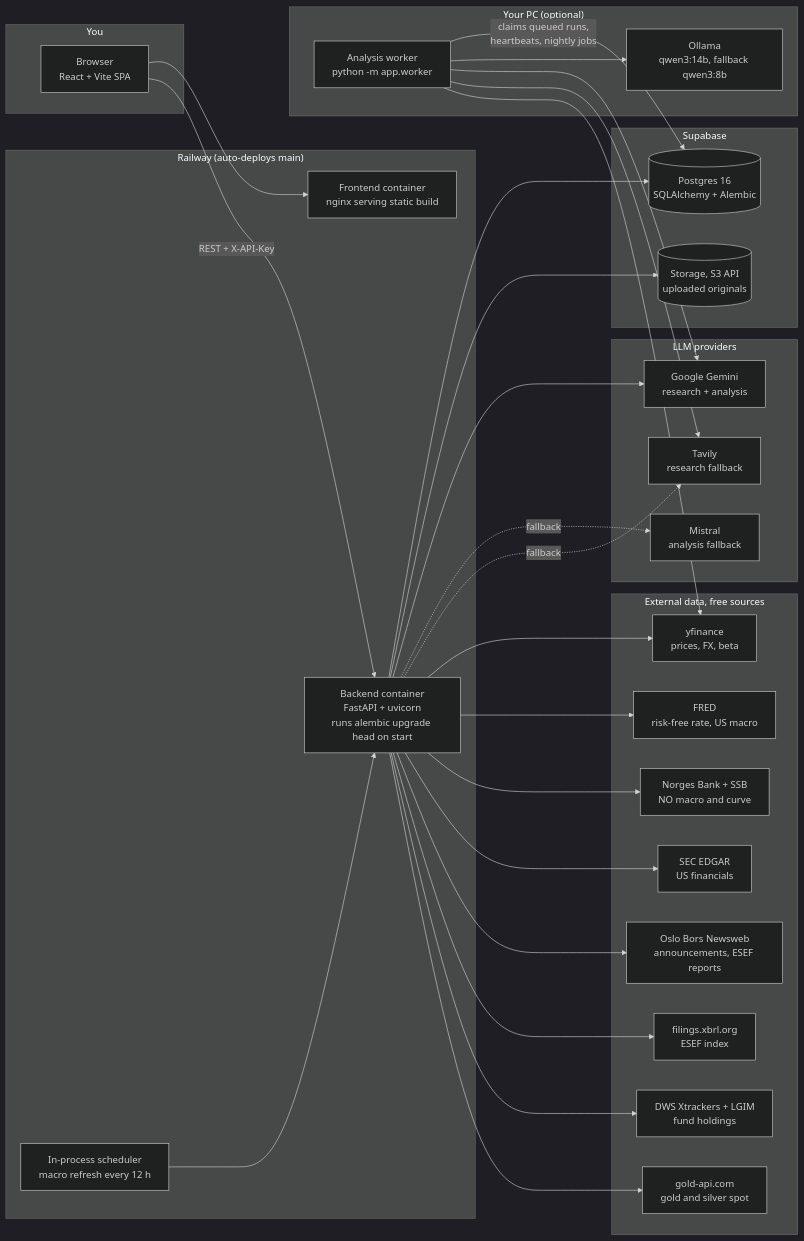
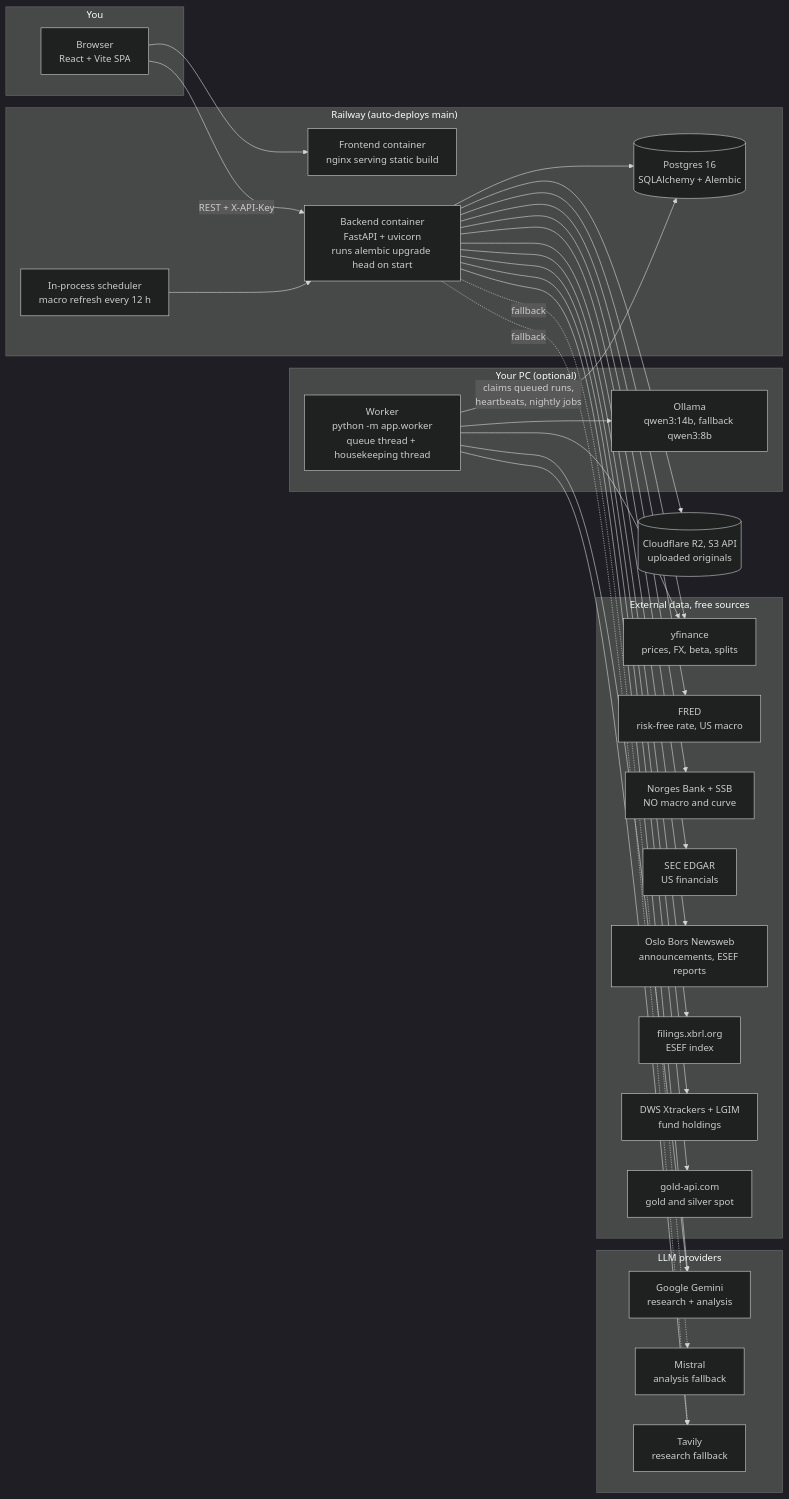
One commit to frmingest/Aladdin changed the first of 7 diagrams in docs/architecture.md. Above: the diagram before and after it, drawn with Mermaid (dark theme). The commit also changed other lines of this file and 10 other files, not shown here.

First line of the commit message:
Docs housekeeping: rewrite architecture, refresh reference docs, fix index and links

````diff
--- a/docs/architecture.md
+++ b/docs/architecture.md
@@ -20,54 +22,52 @@
 ```mermaid
 flowchart LR
   subgraph USER["You"]
     BROWSER["Browser<br/>React + Vite SPA"]
   end
 
   subgraph RAILWAY["Railway (auto-deploys main)"]
     FE["Frontend container<br/>nginx serving static build"]
     API["Backend container<br/>FastAPI + uvicorn<br/>runs alembic upgrade head on start"]
     SCHED["In-process scheduler<br/>macro refresh every 12 h"]
+    PG[("Postgres 16<br/>SQLAlchemy + Alembic")]
   end
 
-  subgraph SUPA["Supabase"]
-    PG[("Postgres 16<br/>SQLAlchemy + Alembic")]
-    STORE[("Storage, S3 API<br/>uploaded originals")]
-  end
+  STORE[("Cloudflare R2, S3 API<br/>uploaded originals")]
 
   subgraph PC["Your PC (optional)"]
-    WORKER["Analysis worker<br/>python -m app.worker"]
+    WORKER["Worker<br/>python -m app.worker<br/>queue thread + housekeeping thread"]
     OLLAMA["Ollama<br/>qwen3:14b, fallback qwen3:8b"]
   end
 
   subgraph LLMS["LLM providers"]
     GEMINI["Google Gemini<br/>research + analysis"]
     MISTRAL["Mistral<br/>analysis fallback"]
     TAVILY["Tavily<br/>research fallback"]
   end
 
   subgraph DATA["External data, free sources"]
-    YF["yfinance<br/>prices, FX, beta"]
+    YF["yfinance<br/>prices, FX, beta, splits"]
     FRED["FRED<br/>risk-free rate, US macro"]
     NB["Norges Bank + SSB<br/>NO macro and curve"]
     SEC["SEC EDGAR<br/>US financials"]
     NEWS["Oslo Bors Newsweb<br/>announcements, ESEF reports"]
     XBRL["filings.xbrl.org<br/>ESEF index"]
     FUNDS["DWS Xtrackers + LGIM<br/>fund holdings"]
     GOLD["gold-api.com<br/>gold and silver spot"]
   end
 
   BROWSER --> FE
   BROWSER -- "REST + X-API-Key" --> API
   API --> PG
   API --> STORE
   API --> GEMINI
   API -. "fallback" .-> MISTRAL
   API -. "fallback" .-> TAVILY
   API --> YF & FRED & NB & SEC & NEWS & XBRL & FUNDS & GOLD
   SCHED --> API
   WORKER -- "claims queued runs,<br/>heartbeats, nightly jobs" --> PG
   WORKER --> OLLAMA
   WORKER --> GEMINI
   WORKER --> TAVILY
   WORKER --> YF
 ```
````
